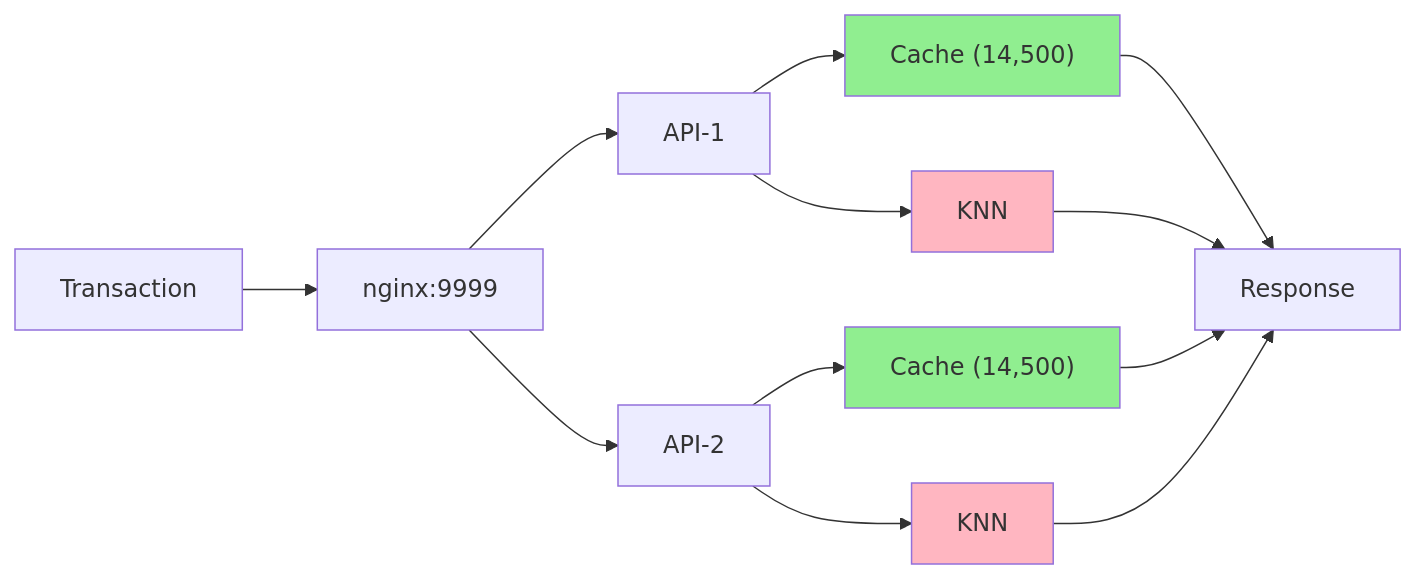
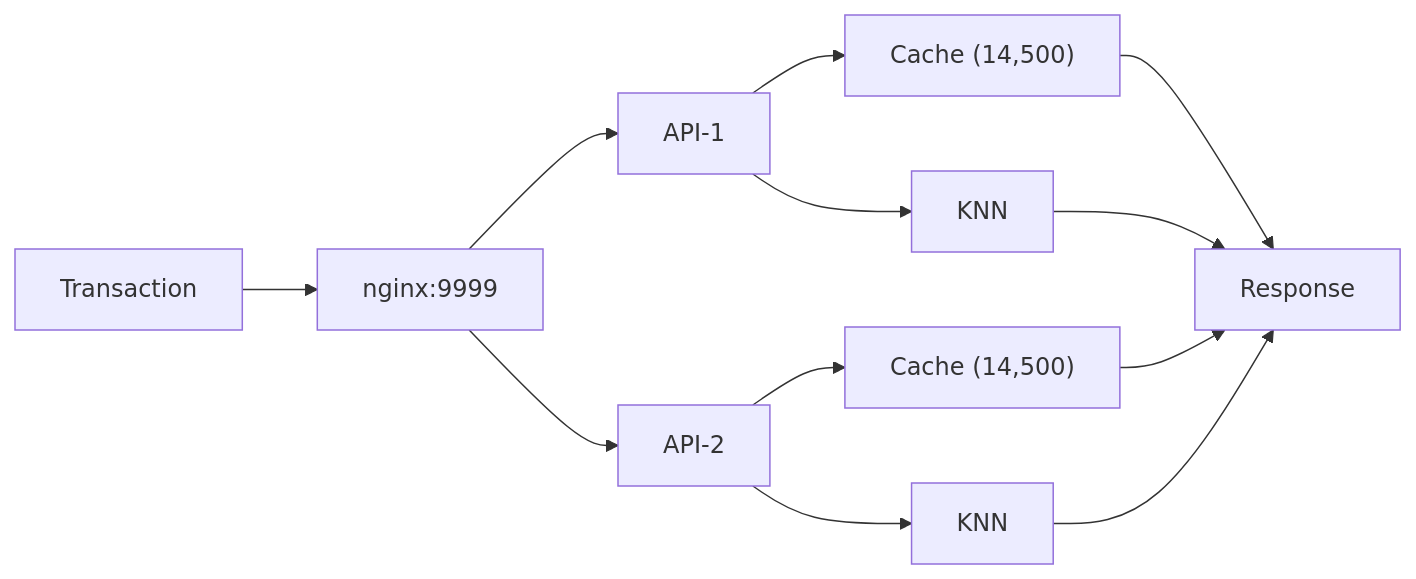
Before and after one commit to fabianoflorentino/fraudctl: the second of 2 diagrams in README.md, drawn with Mermaid. The commit also changed other lines of this file, not shown here.

Commit message:
fix: enhance mermaid diagram styles for better visibility

````diff
--- a/README.md
+++ b/README.md
@@ -105,21 +105,21 @@
 ```mermaid
 flowchart LR
     A[Transaction] --> B[nginx:9999]
     B --> C[API-1]
     B --> D[API-2]
 
     C --> E["Cache (14,500)"]
     D --> F["Cache (14,500)"]
     C --> G[KNN]
     D --> H[KNN]
 
     E --> I[Response]
     F --> I
     G --> I
     H --> I
 
-    style E fill:#90EE90
-    style F fill:#90EE90
-    style G fill:#FFB6C1
-    style H fill:#FFB6C1
+    style E fill:#90EE90 color:#000000
+    style F fill:#90EE90 color:#000000
+    style G fill:#FFB6C1 color:#000000
+    style H fill:#FFB6C1 color:#000000
 ```
````
